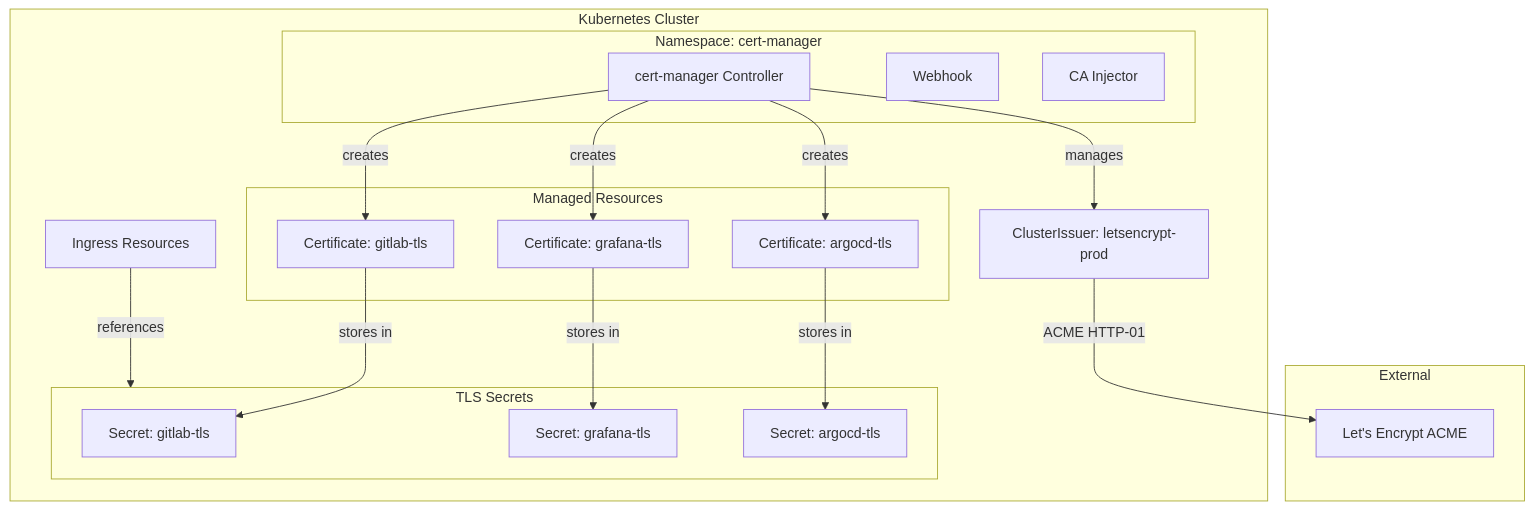
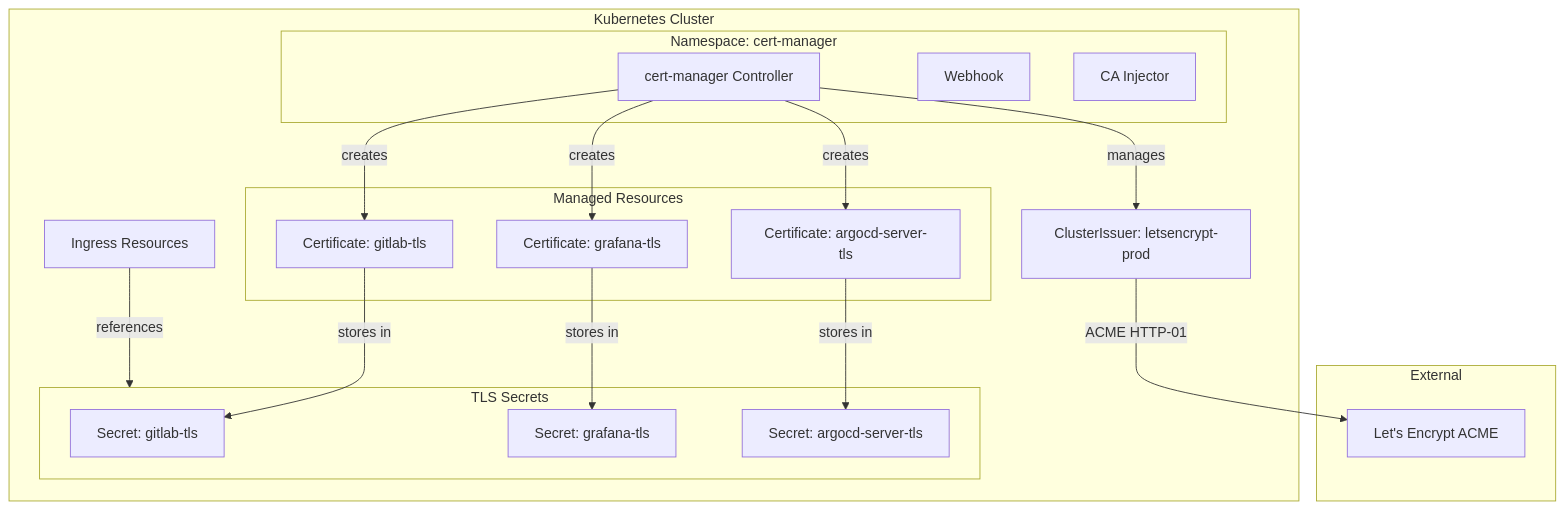
Before and after one commit to chrisleekr/homelab-infrastructure: the first of 2 diagrams in docs/stage2/cert-manager-letsencrypt.md, drawn with Mermaid. The commit also changed 78 other files, not shown here.

Commit message:
feat(stage2): gate chart compatibility, migrate Prometheus CRDs to Helm (#113)

````diff
--- a/docs/stage2/cert-manager-letsencrypt.md
+++ b/docs/stage2/cert-manager-letsencrypt.md
@@ -7,40 +7,40 @@
 ```mermaid
 flowchart TB
     subgraph external [External]
         LetsEncrypt[Let's Encrypt ACME]
     end
 
     subgraph k8s [Kubernetes Cluster]
         subgraph ns [Namespace: cert-manager]
             Controller[cert-manager Controller]
             Webhook[Webhook]
             CAInjector[CA Injector]
         end
 
         ClusterIssuer[ClusterIssuer: letsencrypt-prod]
 
         subgraph resources [Managed Resources]
             Cert1[Certificate: gitlab-tls]
             Cert2[Certificate: grafana-tls]
-            Cert3[Certificate: argocd-tls]
+            Cert3[Certificate: argocd-server-tls]
         end
 
         subgraph secrets [TLS Secrets]
             Secret1[Secret: gitlab-tls]
             Secret2[Secret: grafana-tls]
-            Secret3[Secret: argocd-tls]
+            Secret3[Secret: argocd-server-tls]
         end
 
         Ingress[Ingress Resources]
     end
 
     Controller -->|manages| ClusterIssuer
     ClusterIssuer -->|ACME HTTP-01| LetsEncrypt
     Controller -->|creates| Cert1
     Controller -->|creates| Cert2
     Controller -->|creates| Cert3
     Cert1 -->|stores in| Secret1
     Cert2 -->|stores in| Secret2
     Cert3 -->|stores in| Secret3
     Ingress -->|references| secrets
 ```
````
